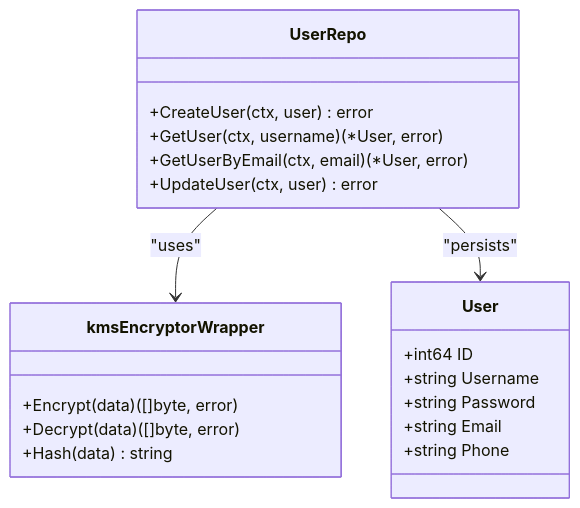
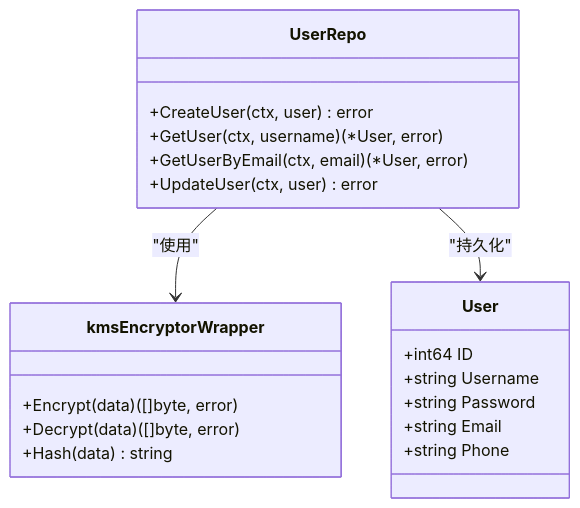
One commit to 26huitailang/kratos-boilerplate changed the sixth of 7 diagrams in .qoder/repowiki/zh/content/Backend Services/Authentication Service.md. Above: the diagram before and after it, drawn with Mermaid. The commit also changed other lines of this file and 31 other files, not shown here.

````diff
--- a/.qoder/repowiki/zh/content/Backend Services/Authentication Service.md
+++ b/.qoder/repowiki/zh/content/Backend Services/Authentication Service.md
@@ -192,23 +200,23 @@
 ```mermaid
 classDiagram
 class UserRepo {
 +CreateUser(ctx, user) error
 +GetUser(ctx, username) (*User, error)
 +GetUserByEmail(ctx, email) (*User, error)
 +UpdateUser(ctx, user) error
 }
 class User {
 +int64 ID
 +string Username
 +string Password
 +string Email
 +string Phone
 }
 class kmsEncryptorWrapper {
 +Encrypt(data) ([]byte, error)
 +Decrypt(data) ([]byte, error)
 +Hash(data) string
 }
-UserRepo --> kmsEncryptorWrapper : "uses"
-UserRepo --> User : "persists"
+UserRepo --> kmsEncryptorWrapper : "使用"
+UserRepo --> User : "持久化"
 ```
````
